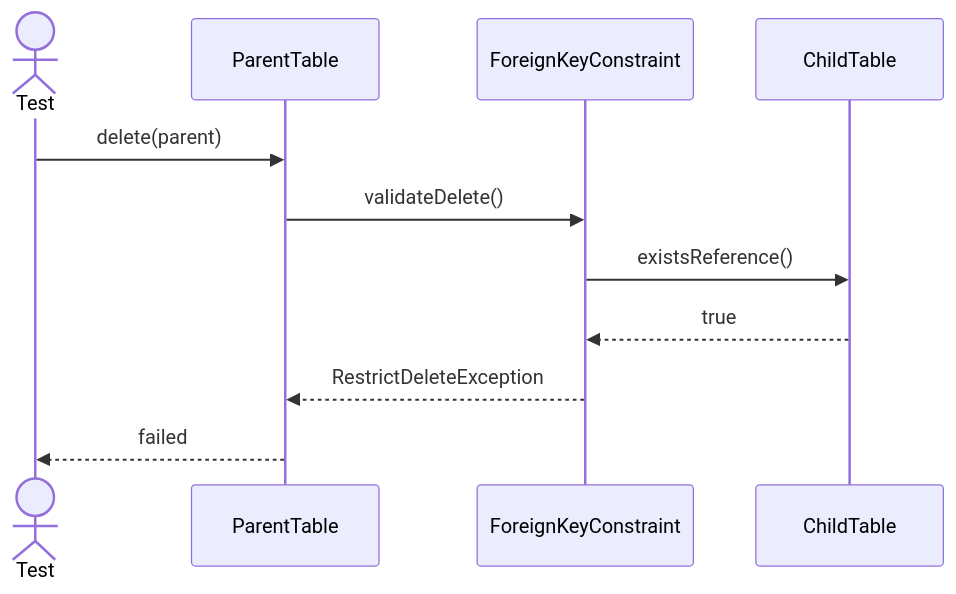
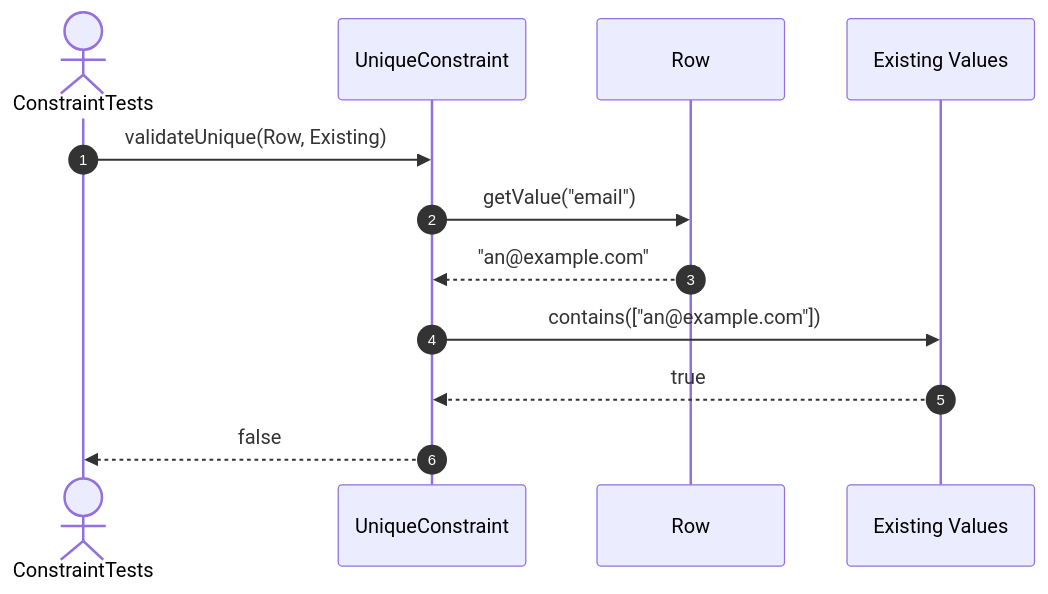
One commit to FhuAnn/-bbv-AN-s-DBMS changed the ninth of 16 diagrams in src/tests/unit/metadata/sequences/constraint-testing.se.md. Above: the diagram before and after it, drawn with Mermaid. The commit also changed other lines of this file and 60 other files, not shown here.

Commit message:
refactor data table, row, column, constraint, index test file

````diff
--- a/src/tests/unit/metadata/sequences/constraint-testing.se.md
+++ b/src/tests/unit/metadata/sequences/constraint-testing.se.md
@@ -167,19 +145,15 @@
 ```mermaid
 sequenceDiagram
-actor Test
-participant ParentTable
-participant ForeignKeyConstraint
-participant ChildTable
+    autonumber
+    actor Test as ConstraintTests
+    participant Unique as UniqueConstraint
+    participant Row as Row
+    participant Existing as Existing Values
 
-Test->>ParentTable: delete(parent)
-
-ParentTable->>ForeignKeyConstraint: validateDelete()
-
-ForeignKeyConstraint->>ChildTable: existsReference()
-
-ChildTable-->>ForeignKeyConstraint: true
-
-ForeignKeyConstraint-->>ParentTable: RestrictDeleteException
-
-ParentTable-->>Test: failed
+    Test->>Unique: validateUnique(Row, Existing)
+    Unique->>Row: getValue("email")
+    Row-->>Unique: "an@example.com"
+    Unique->>Existing: contains(["an@example.com"])
+    Existing-->>Unique: true
+    Unique-->>Test: false
 ```
````
